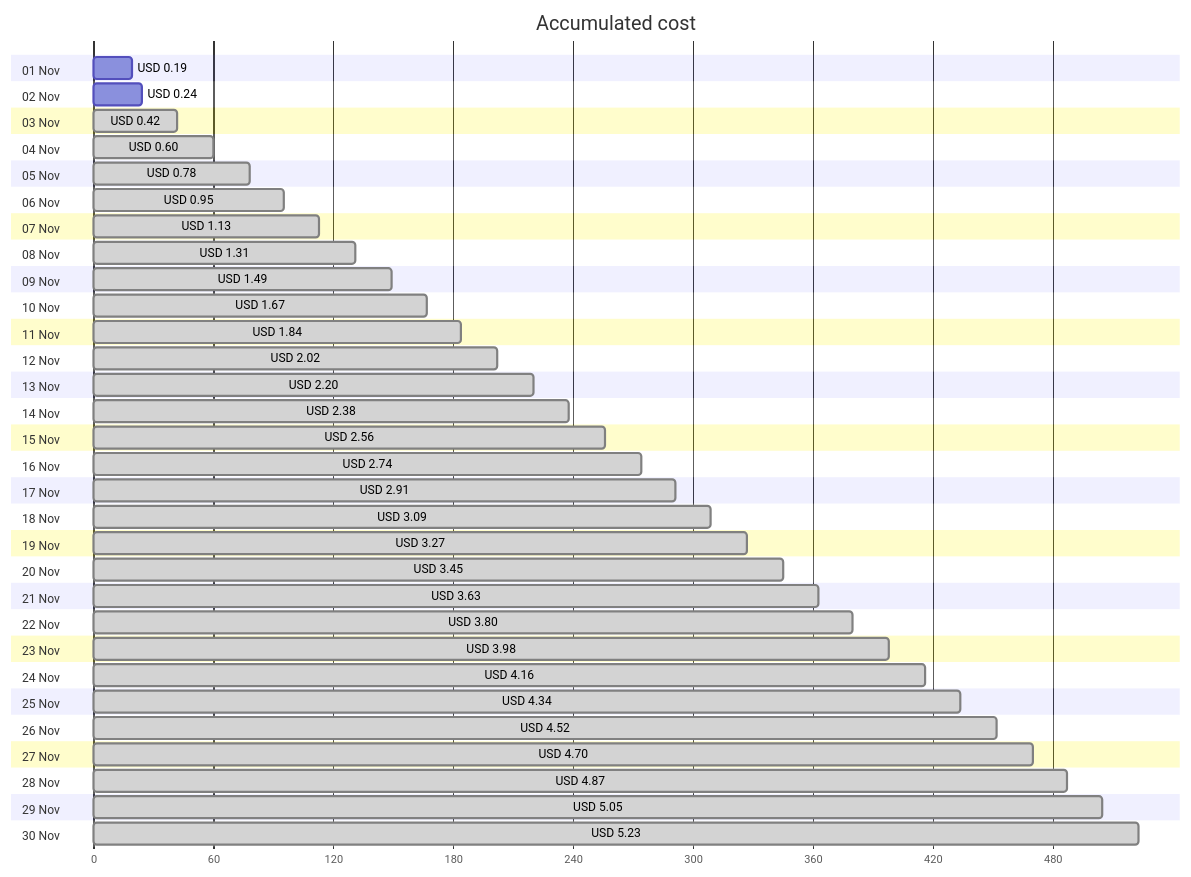
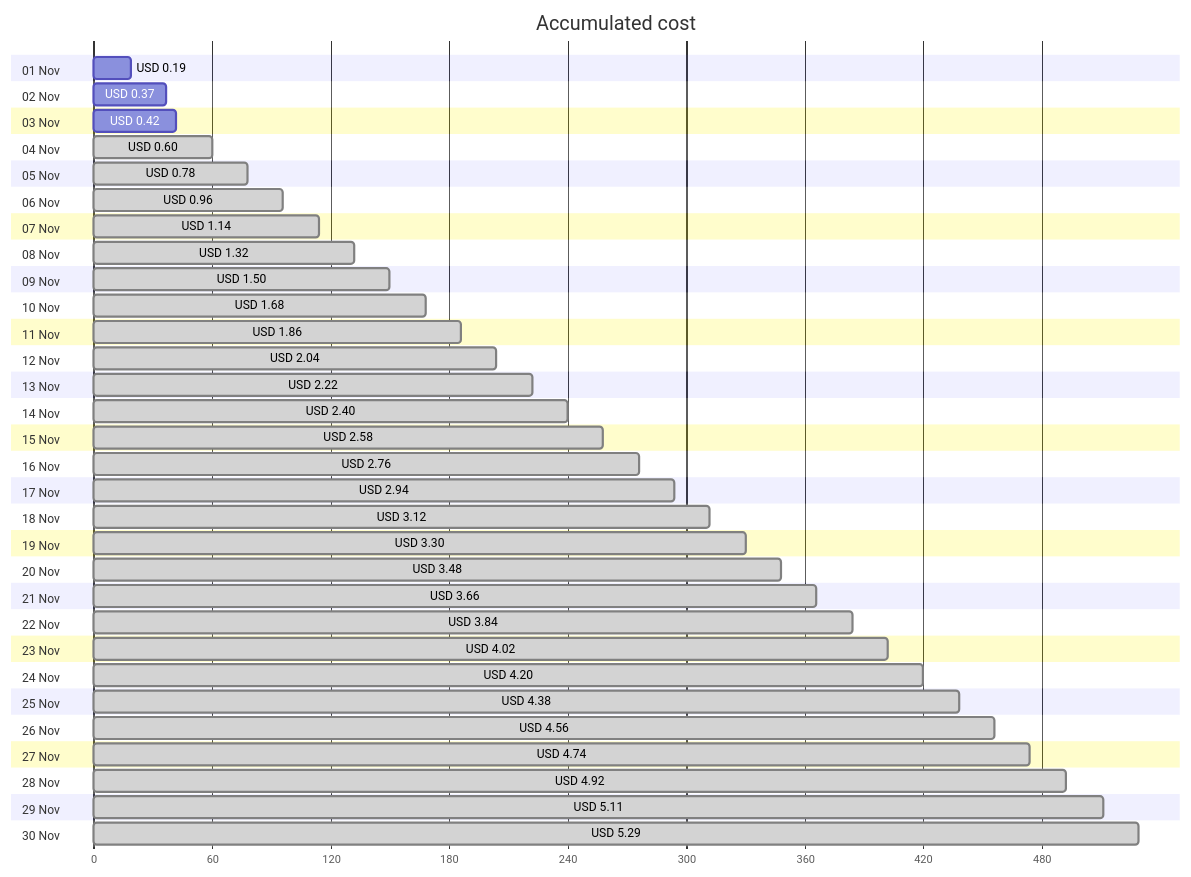
Before and after one commit to jpfulton/azure-personal-reports: the first of 4 diagrams in cost-reports/personal-network/backup-server.md, drawn with Mermaid. The commit also changed other lines of this file and 8 other files, not shown here.

````diff
--- a/cost-reports/personal-network/backup-server.md
+++ b/cost-reports/personal-network/backup-server.md
@@ -20,66 +20,66 @@
 ```mermaid
 gantt
    title Accumulated cost
    dateFormat  X
    axisFormat %s
    section 01 Nov
    USD 0.19 :0, 19
    section 02 Nov
-   USD 0.24 :0, 24
+   USD 0.37 :0, 37
    section 03 Nov
-   USD 0.42 : done, 0, 42
+   USD 0.42 :0, 42
    section 04 Nov
    USD 0.60 : done, 0, 60
    section 05 Nov
    USD 0.78 : done, 0, 78
    section 06 Nov
-   USD 0.95 : done, 0, 95
+   USD 0.96 : done, 0, 96
    section 07 Nov
-   USD 1.13 : done, 0, 113
+   USD 1.14 : done, 0, 114
    section 08 Nov
-   USD 1.31 : done, 0, 131
+   USD 1.32 : done, 0, 132
    section 09 Nov
-   USD 1.49 : done, 0, 149
+   USD 1.50 : done, 0, 150
    section 10 Nov
-   USD 1.67 : done, 0, 167
+   USD 1.68 : done, 0, 168
    section 11 Nov
-   USD 1.84 : done, 0, 184
+   USD 1.86 : done, 0, 186
    section 12 Nov
-   USD 2.02 : done, 0, 202
+   USD 2.04 : done, 0, 204
    section 13 Nov
-   USD 2.20 : done, 0, 220
+   USD 2.22 : done, 0, 222
    section 14 Nov
-   USD 2.38 : done, 0, 238
+   USD 2.40 : done, 0, 240
    section 15 Nov
-   USD 2.56 : done, 0, 256
+   USD 2.58 : done, 0, 258
    section 16 Nov
-   USD 2.74 : done, 0, 274
+   USD 2.76 : done, 0, 276
    section 17 Nov
-   USD 2.91 : done, 0, 291
+   USD 2.94 : done, 0, 294
    section 18 Nov
-   USD 3.09 : done, 0, 309
+   USD 3.12 : done, 0, 312
    section 19 Nov
-   USD 3.27 : done, 0, 327
+   USD 3.30 : done, 0, 330
    section 20 Nov
-   USD 3.45 : done, 0, 345
+   USD 3.48 : done, 0, 348
    section 21 Nov
-   USD 3.63 : done, 0, 363
+   USD 3.66 : done, 0, 366
    section 22 Nov
-   USD 3.80 : done, 0, 380
+   USD 3.84 : done, 0, 384
    section 23 Nov
-   USD 3.98 : done, 0, 398
+   USD 4.02 : done, 0, 402
    section 24 Nov
-   USD 4.16 : done, 0, 416
+   USD 4.20 : done, 0, 420
    section 25 Nov
-   USD 4.34 : done, 0, 434
+   USD 4.38 : done, 0, 438
    section 26 Nov
-   USD 4.52 : done, 0, 452
+   USD 4.56 : done, 0, 456
    section 27 Nov
-   USD 4.70 : done, 0, 470
+   USD 4.74 : done, 0, 474
    section 28 Nov
-   USD 4.87 : done, 0, 487
+   USD 4.92 : done, 0, 492
    section 29 Nov
-   USD 5.05 : done, 0, 505
+   USD 5.11 : done, 0, 511
    section 30 Nov
-   USD 5.23 : done, 0, 523
+   USD 5.29 : done, 0, 529
 ```
````
